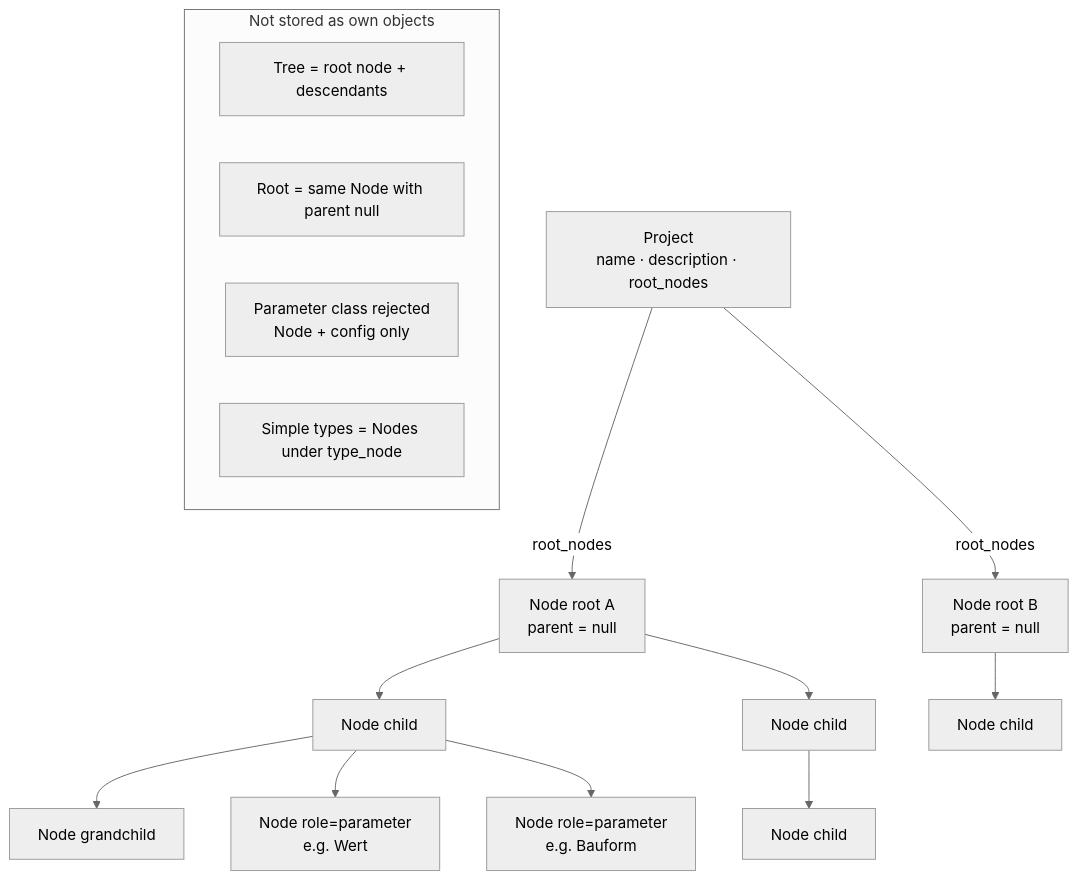
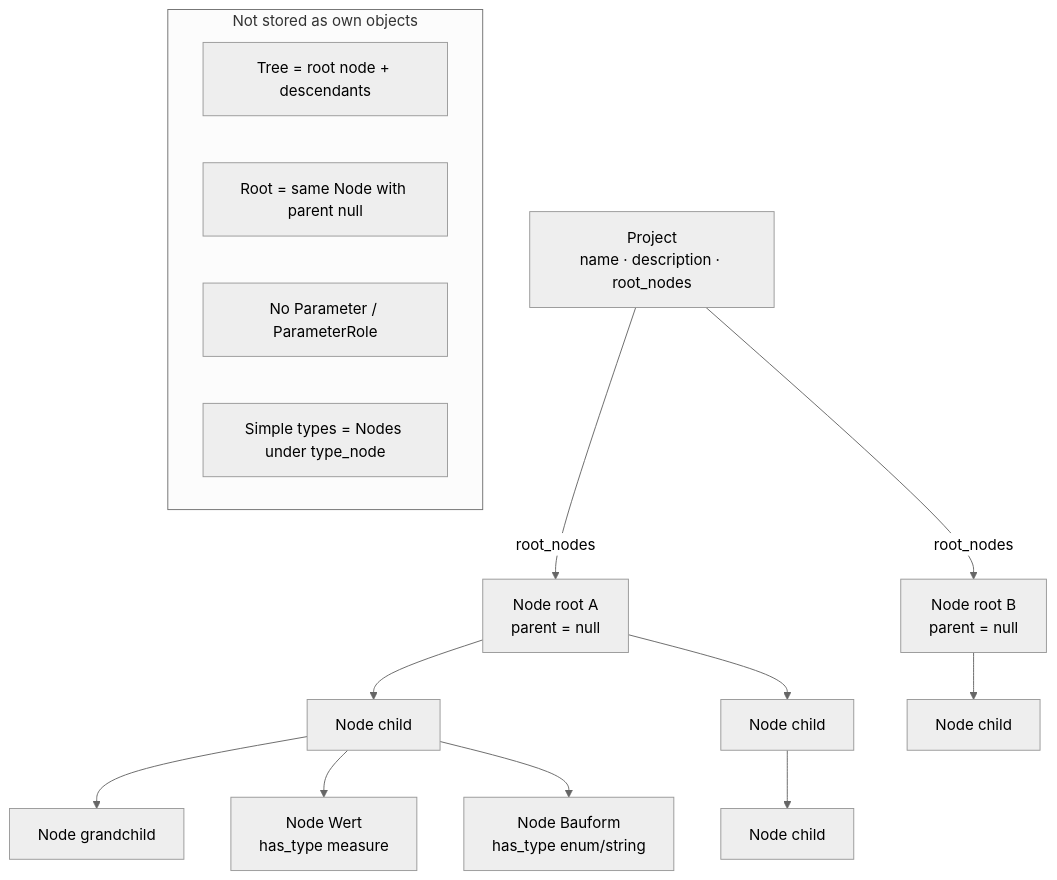
Before and after one commit to sfambach/wp-taxonomy-modeler: the second of 7 diagrams in docs/plans/data-structure.md, drawn with Mermaid (neutral theme). The commit also changed other lines of this file and 7 other files, not shown here.

First line of the commit message:
docs: drop ParameterRole — hinfällig without Parameter

````diff
--- a/docs/plans/data-structure.md
+++ b/docs/plans/data-structure.md
@@ -236,23 +226,23 @@
 ```mermaid
 flowchart TB
   PR["Project<br/>name · description · root_nodes"]
 
   PR -->|root_nodes| R1["Node root A<br/>parent = null"]
   PR -->|root_nodes| R2["Node root B<br/>parent = null"]
 
   R1 --> C1["Node child"]
   R1 --> C2["Node child"]
   C1 --> G1["Node grandchild"]
   R2 --> C3["Node child"]
 
-  C1 --> P1["Node role=parameter<br/>e.g. Wert"]
-  C1 --> P2["Node role=parameter<br/>e.g. Bauform"]
+  C1 --> P1["Node Wert<br/>has_type measure"]
+  C1 --> P2["Node Bauform<br/>has_type enum/string"]
   C2 --> P3["Node child"]
 
   subgraph note["Not stored as own objects"]
     T["Tree = root node + descendants"]
     RN["Root = same Node with parent null"]
-    PN["Parameter class rejected<br/>Node + config only"]
+    PN["No Parameter / ParameterRole"]
     ST["Simple types = Nodes under type_node"]
   end
 ```
````
